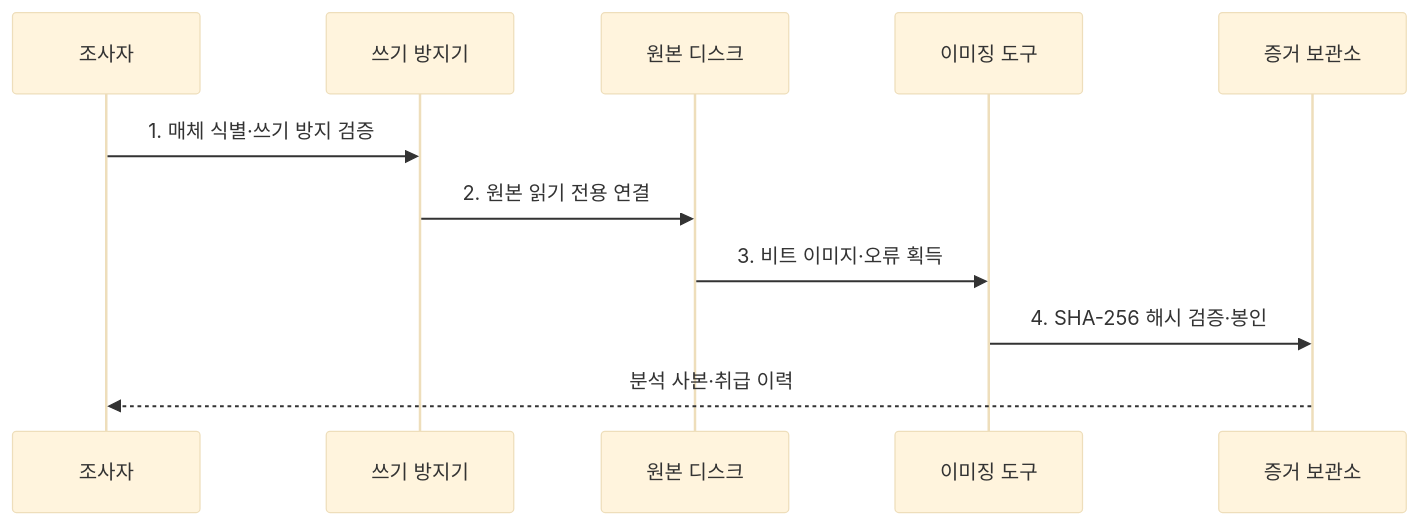
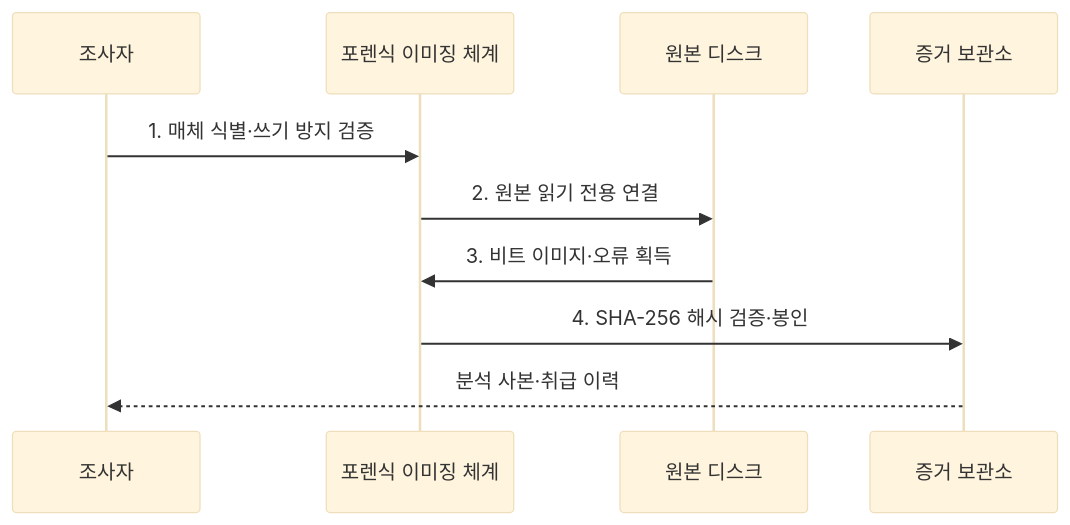
One commit to agnusdei1207/knowledge-base changed the second of 2 diagrams in src/content/docs/notes/05-security/116_disk_imaging_hash_integrity.md. Above: the diagram before and after it, drawn with Mermaid (base theme). The commit also changed 6 other files, not shown here.

Commit message:
Simplify governance and forensics sequences

````diff
--- a/src/content/docs/notes/05-security/116_disk_imaging_hash_integrity.md
+++ b/src/content/docs/notes/05-security/116_disk_imaging_hash_integrity.md
@@ -98,13 +98,12 @@
 ```mermaid
 sequenceDiagram
   participant I as 조사자
-  participant W as 쓰기 방지기
+  participant A as 포렌식 이미징 체계
   participant D as 원본 디스크
-  participant A as 이미징 도구
   participant R as 증거 보관소
-  I->>W: 1. 매체 식별·쓰기 방지 검증
-  W->>D: 2. 원본 읽기 전용 연결
+  I->>A: 1. 매체 식별·쓰기 방지 검증
+  A->>D: 2. 원본 읽기 전용 연결
   D->>A: 3. 비트 이미지·오류 획득
   A->>R: 4. SHA-256 해시 검증·봉인
   R-->>I: 분석 사본·취급 이력
 ```
````
